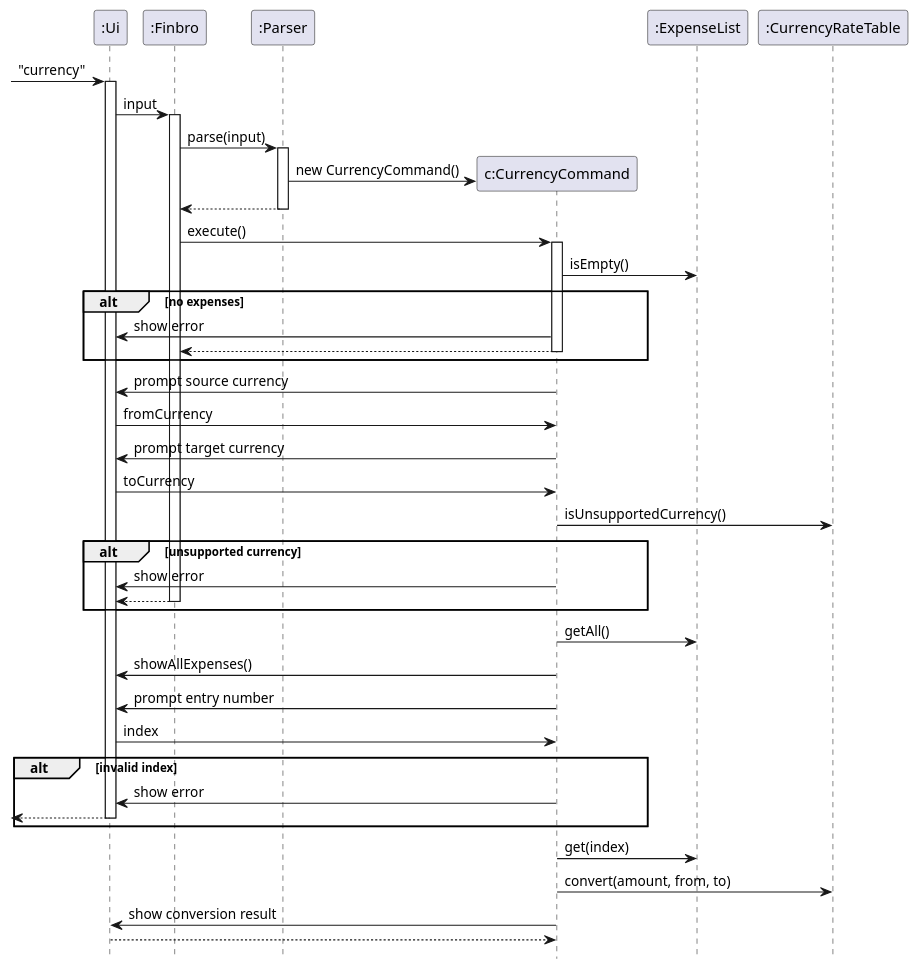
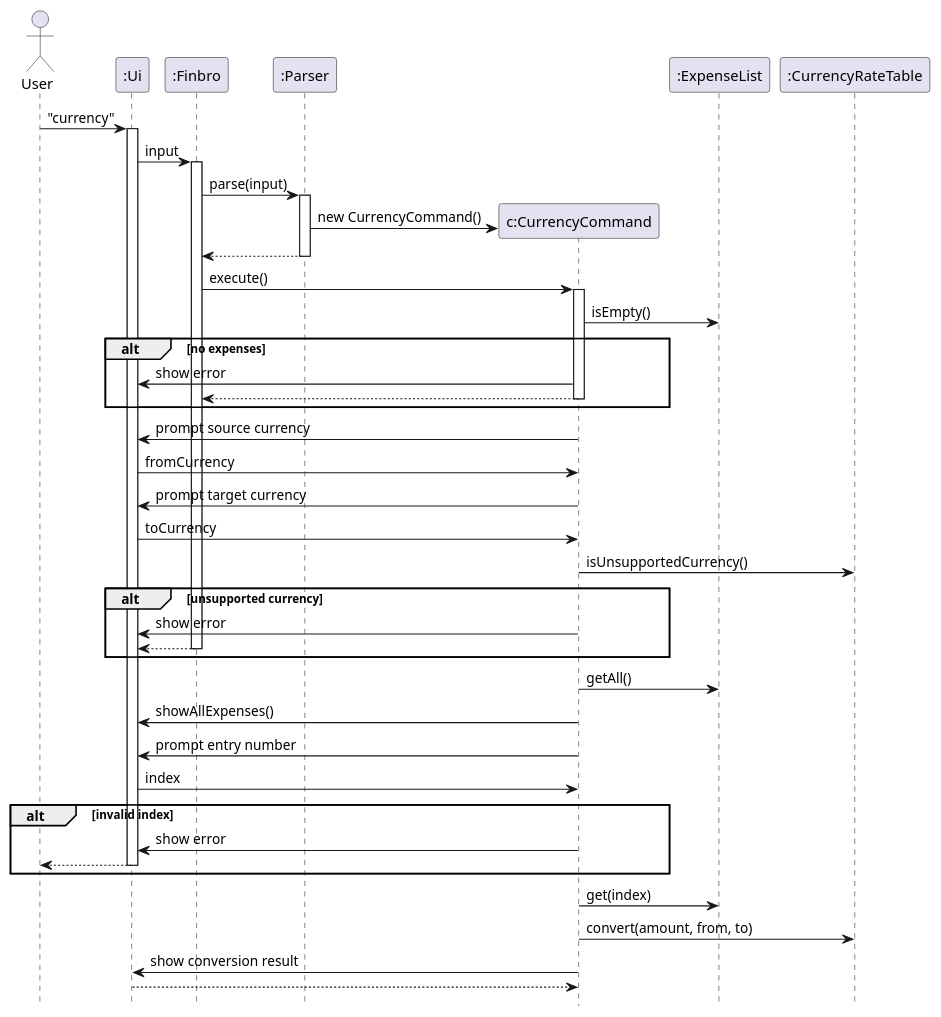
Before and after one commit to zihaoalt/tp: the diagram in docs/UML_diagrams/CurrencyCommand.puml, drawn with PlantUML. The commit also changed 6 other files, not shown here.

```diff
--- a/docs/UML_diagrams/CurrencyCommand.puml
+++ b/docs/UML_diagrams/CurrencyCommand.puml
@@ -1,51 +1,52 @@
-@startuml
+@startuml CurrencyCommand
 hide footbox
+actor User
 
-->":Ui"++: "currency"
+User->":Ui"++: "currency"
 ":Ui" -> ":Finbro"++: input
 
 ":Finbro" -> ":Parser"++: parse(input)
 create "c:CurrencyCommand"
 ":Parser" -> "c:CurrencyCommand": new CurrencyCommand()
 return
 
 ":Finbro" -> "c:CurrencyCommand"++: execute()
 
 "c:CurrencyCommand" -> ":ExpenseList": isEmpty()
 
 alt no expenses
     "c:CurrencyCommand" -> ":Ui": show error
     return
 end
 
 "c:CurrencyCommand" -> ":Ui": prompt source currency
 ":Ui" -> "c:CurrencyCommand": fromCurrency
 
 "c:CurrencyCommand" -> ":Ui": prompt target currency
 ":Ui" -> "c:CurrencyCommand": toCurrency
 
 "c:CurrencyCommand" -> ":CurrencyRateTable": isUnsupportedCurrency()
 
 alt unsupported currency
     "c:CurrencyCommand" -> ":Ui": show error
     return
 end
 
 "c:CurrencyCommand" -> ":ExpenseList": getAll()
 "c:CurrencyCommand" -> ":Ui": showAllExpenses()
 
 "c:CurrencyCommand" -> ":Ui": prompt entry number
 ":Ui" -> "c:CurrencyCommand": index
 
 alt invalid index
     "c:CurrencyCommand" -> ":Ui": show error
     return
 end
 
 "c:CurrencyCommand" -> ":ExpenseList": get(index)
 "c:CurrencyCommand" -> ":CurrencyRateTable": convert(amount, from, to)
 
 "c:CurrencyCommand" -> ":Ui": show conversion result
 
 return
 @enduml
```
